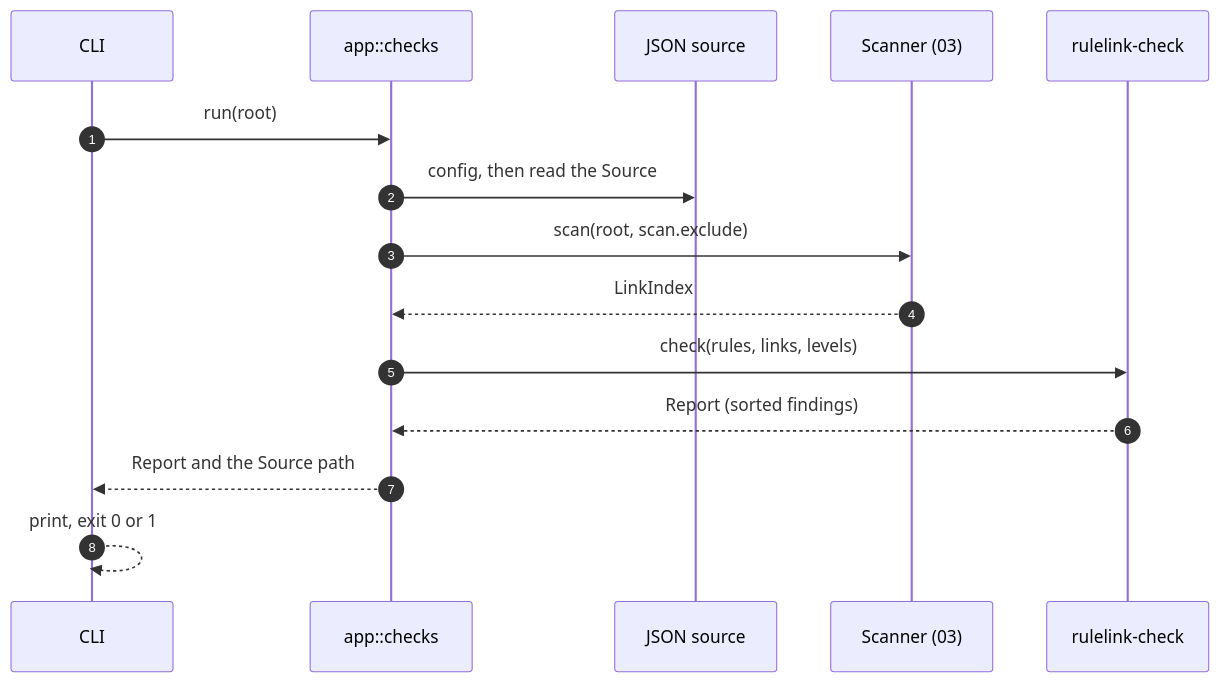
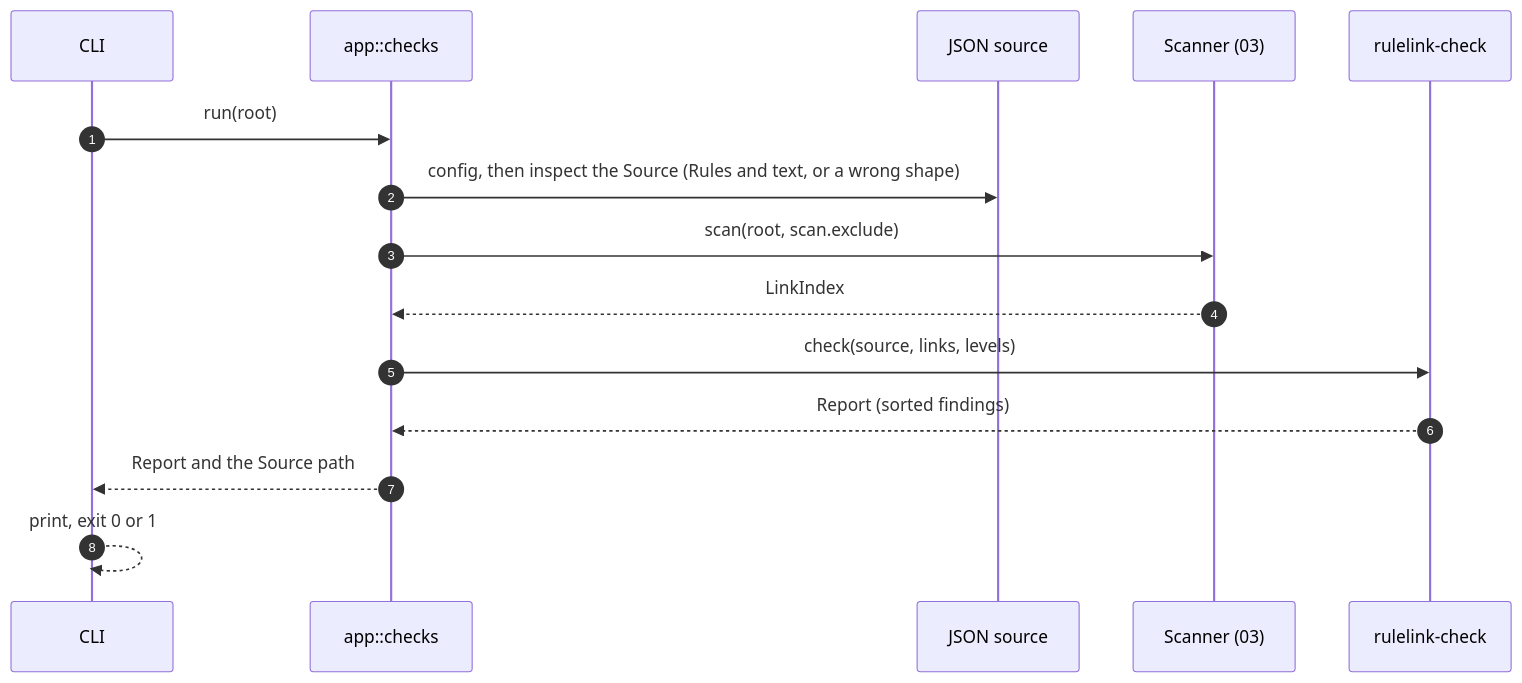
Before and after one commit to E-Jacques/Rulelink: the fourth of 5 diagrams in docs/architecture/04-checks.md, drawn with Mermaid. The commit also changed other lines of this file and 5 other files, not shown here.

First line of the commit message:
docs(architecture): update the check design for the Findings about the Source

````diff
--- a/docs/architecture/04-checks.md
+++ b/docs/architecture/04-checks.md
@@ -217,18 +225,18 @@
 ```mermaid
 sequenceDiagram
     autonumber
     participant CLI
     participant APP as app::checks
     participant SRC as JSON source
     participant LNK as Scanner (03)
     participant ENG as rulelink-check
 
     CLI->>APP: run(root)
-    APP->>SRC: config, then read the Source
+    APP->>SRC: config, then inspect the Source (Rules and text, or a wrong shape)
     APP->>LNK: scan(root, scan.exclude)
     LNK-->>APP: LinkIndex
-    APP->>ENG: check(rules, links, levels)
+    APP->>ENG: check(source, links, levels)
     ENG-->>APP: Report (sorted findings)
     APP-->>CLI: Report and the Source path
     CLI-->>CLI: print, exit 0 or 1
 ```
````
